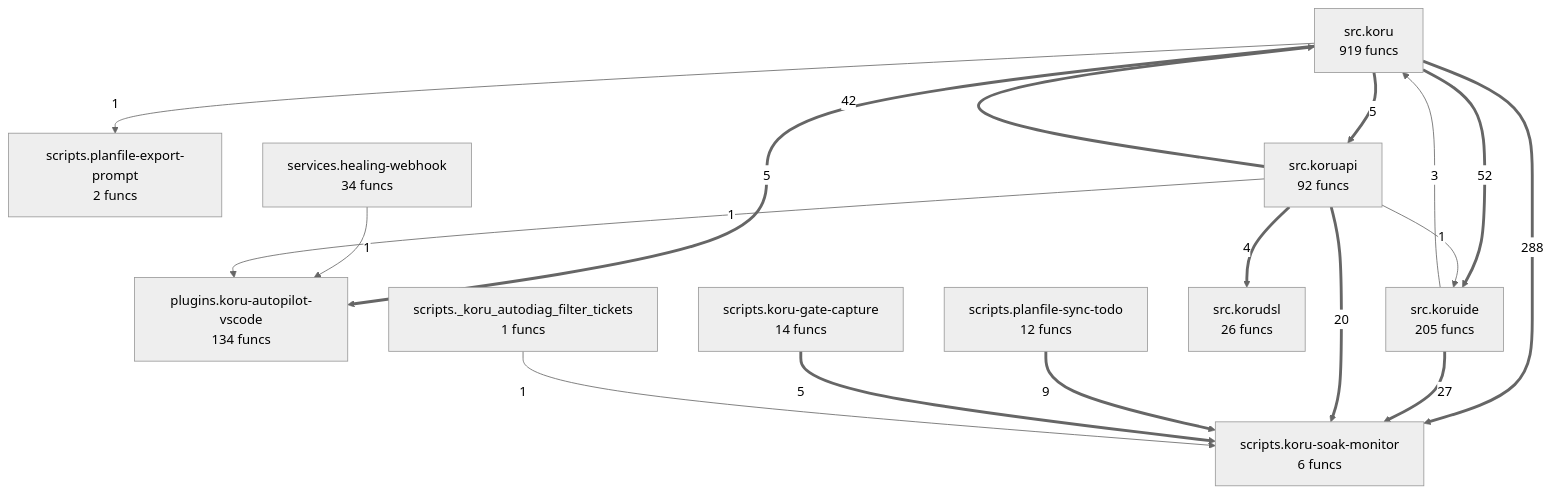
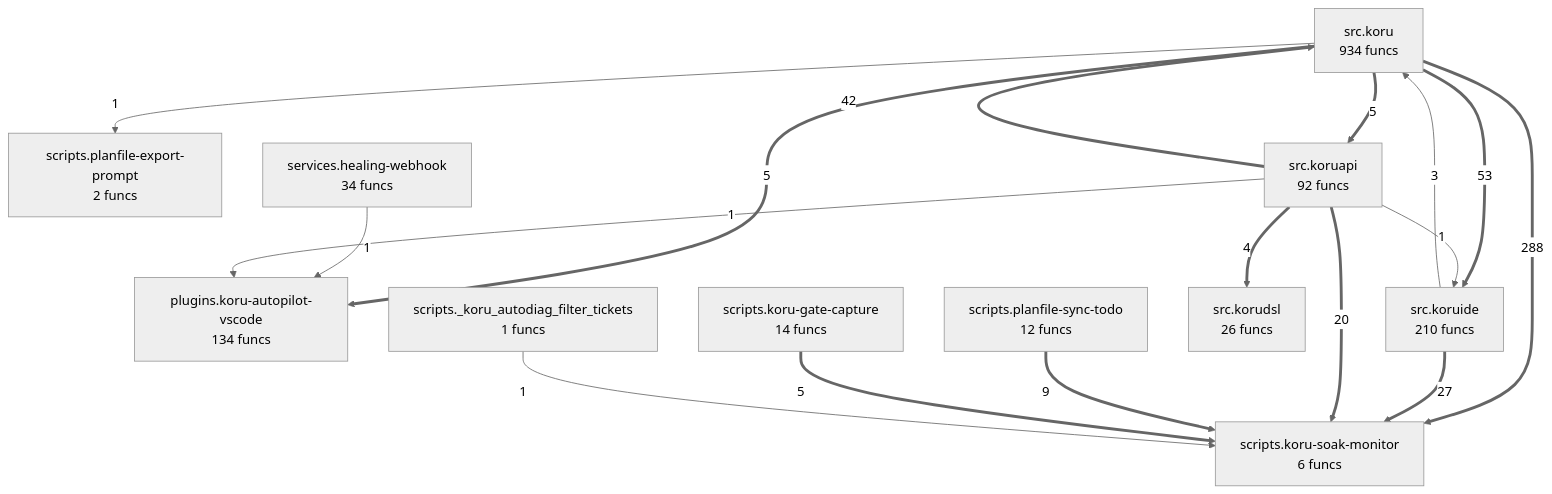
The diagram in project/compact_flow.mmd (semcod/koru), drawn with Mermaid (neutral theme) before and after one commit. The commit also changed 38 other files, not shown here.

```diff
--- a/project/compact_flow.mmd
+++ b/project/compact_flow.mmd
@@ -1,29 +1,29 @@
 flowchart TD
-%% generated in 0.05s
+%% generated in 0.07s
     plugins__koru_autopilot_vscode["plugins.koru-autopilot-vscode<br/>134 funcs"]
     scripts___koru_autodiag_filter_tickets["scripts._koru_autodiag_filter_tickets<br/>1 funcs"]
     scripts__koru_gate_capture["scripts.koru-gate-capture<br/>14 funcs"]
     scripts__koru_soak_monitor["scripts.koru-soak-monitor<br/>6 funcs"]
     scripts__planfile_export_prompt["scripts.planfile-export-prompt<br/>2 funcs"]
     scripts__planfile_sync_todo["scripts.planfile-sync-todo<br/>12 funcs"]
     services__healing_webhook["services.healing-webhook<br/>34 funcs"]
-    src__koru["src.koru<br/>919 funcs"]
+    src__koru["src.koru<br/>934 funcs"]
     src__koruapi["src.koruapi<br/>92 funcs"]
     src__korudsl["src.korudsl<br/>26 funcs"]
-    src__koruide["src.koruide<br/>205 funcs"]
+    src__koruide["src.koruide<br/>210 funcs"]
     src__koru ==>|288| scripts__koru_soak_monitor
-    src__koru ==>|52| src__koruide
+    src__koru ==>|53| src__koruide
     src__koruapi ==>|42| src__koru
     src__koruide ==>|27| scripts__koru_soak_monitor
     src__koruapi ==>|20| scripts__koru_soak_monitor
     scripts__planfile_sync_todo ==>|9| scripts__koru_soak_monitor
     src__koru ==>|5| plugins__koru_autopilot_vscode
     src__koru ==>|5| src__koruapi
     scripts__koru_gate_capture ==>|5| scripts__koru_soak_monitor
     src__koruapi ==>|4| src__korudsl
     src__koruide -->|3| src__koru
     services__healing_webhook -->|1| plugins__koru_autopilot_vscode
     src__koruapi -->|1| plugins__koru_autopilot_vscode
     src__koruapi -->|1| src__koruide
     src__koru -->|1| scripts__planfile_export_prompt
     scripts___koru_autodiag_filter_tickets -->|1| scripts__koru_soak_monitor
```
